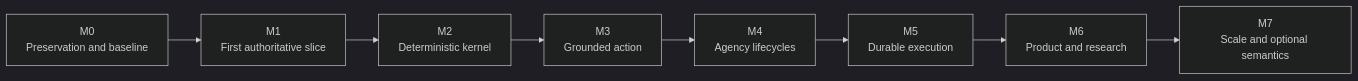
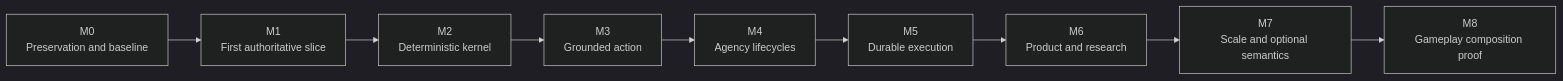
The diagram in docs/architecture/target-architecture/implementation-roadmap.md (0xwonj/world), drawn with Mermaid (dark theme) before and after one commit. The commit also changed other lines of this file and 190 other files, not shown here.

Commit message:
feat: complete target architecture foundation

````diff
--- a/docs/architecture/target-architecture/implementation-roadmap.md
+++ b/docs/architecture/target-architecture/implementation-roadmap.md
@@ -64,13 +64,14 @@
 ```mermaid
 flowchart LR
     M0["M0<br/>Preservation and baseline"]
     M1["M1<br/>First authoritative slice"]
     M2["M2<br/>Deterministic kernel"]
     M3["M3<br/>Grounded action"]
     M4["M4<br/>Agency lifecycles"]
     M5["M5<br/>Durable execution"]
     M6["M6<br/>Product and research"]
     M7["M7<br/>Scale and optional semantics"]
+    M8["M8<br/>Gameplay composition proof"]
 
-    M0 --> M1 --> M2 --> M3 --> M4 --> M5 --> M6 --> M7
+    M0 --> M1 --> M2 --> M3 --> M4 --> M5 --> M6 --> M7 --> M8
 ```
````
